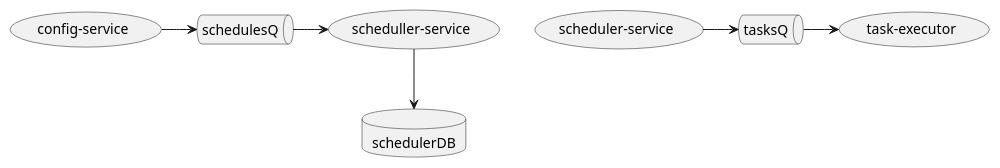
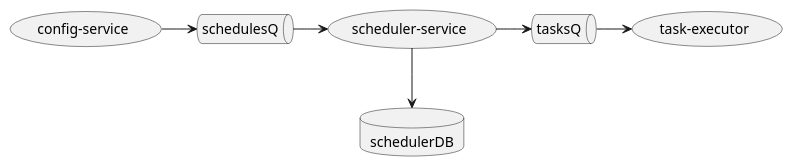
Before and after one commit to zaytsevdmitry/lakehouse: the diagram in doc/uml/scheduling/ConfigQueueScheduleQueueTask.puml, drawn with PlantUML. The commit also changed 96 other files, not shown here.

```diff
--- a/doc/uml/scheduling/ConfigQueueScheduleQueueTask.puml
+++ b/doc/uml/scheduling/ConfigQueueScheduleQueueTask.puml
@@ -1,12 +1,12 @@
 @startuml
 
 queue schedulesQ
 queue tasksQ
 database schedulerDB
 
 (config-service)-> (schedulesQ)
- (schedulesQ) -> (scheduller-service)
- (scheduller-service)--> (schedulerDB)
+ (schedulesQ) -> (scheduler-service)
+ (scheduler-service)--> (schedulerDB)
 (scheduler-service)-> (tasksQ)
 (tasksQ) -> (task-executor)
 @enduml
```
